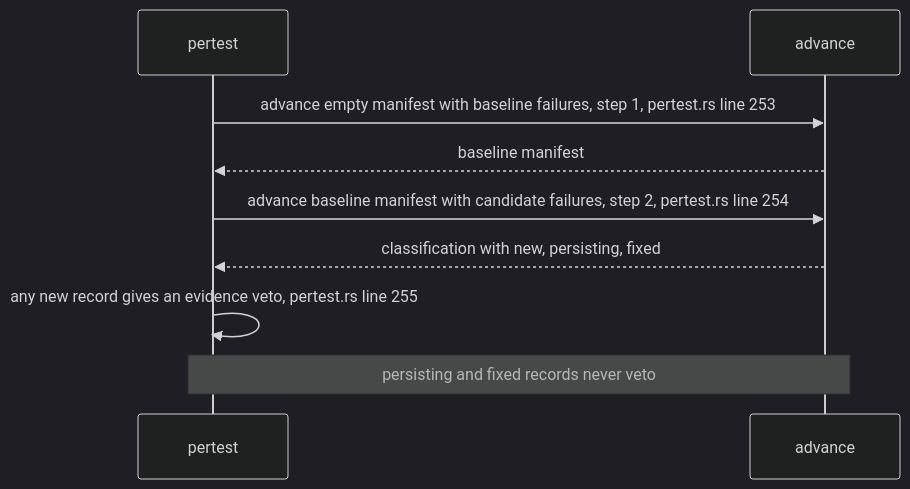
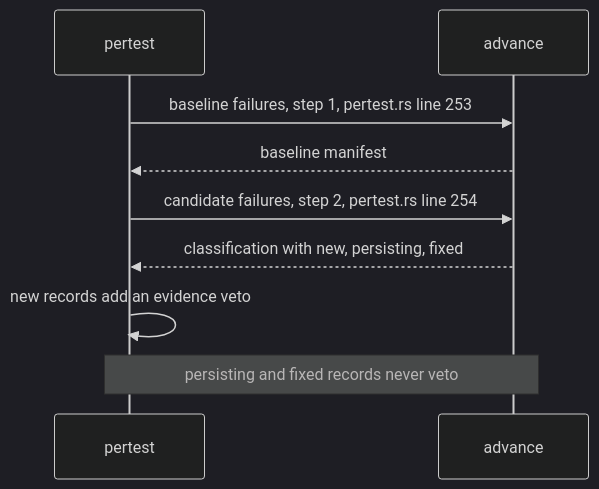
The third of 4 diagrams in docs/diagrams/selection/02-failure-fingerprint-lifecycle.md (DreamLab-AI/dream-engine), drawn with Mermaid (dark theme) before and after one commit. The commit also changed other lines of this file and 11 other files, not shown here.

Commit message:
docs: reconcile all dream-engine diagrams with current source contracts

````diff
--- a/docs/diagrams/selection/02-failure-fingerprint-lifecycle.md
+++ b/docs/diagrams/selection/02-failure-fingerprint-lifecycle.md
@@ -89,11 +84,11 @@
 ```mermaid
 sequenceDiagram
     participant PT as pertest
     participant FF as advance
-    PT->>FF: advance empty manifest with baseline failures, step 1, pertest.rs line 253
+    PT->>FF: baseline failures, step 1, pertest.rs line 253
     FF-->>PT: baseline manifest
-    PT->>FF: advance baseline manifest with candidate failures, step 2, pertest.rs line 254
+    PT->>FF: candidate failures, step 2, pertest.rs line 254
     FF-->>PT: classification with new, persisting, fixed
-    PT->>PT: any new record gives an evidence veto, pertest.rs line 255
+    PT->>PT: new records add an evidence veto
     Note over PT,FF: persisting and fixed records never veto
 ```
````
